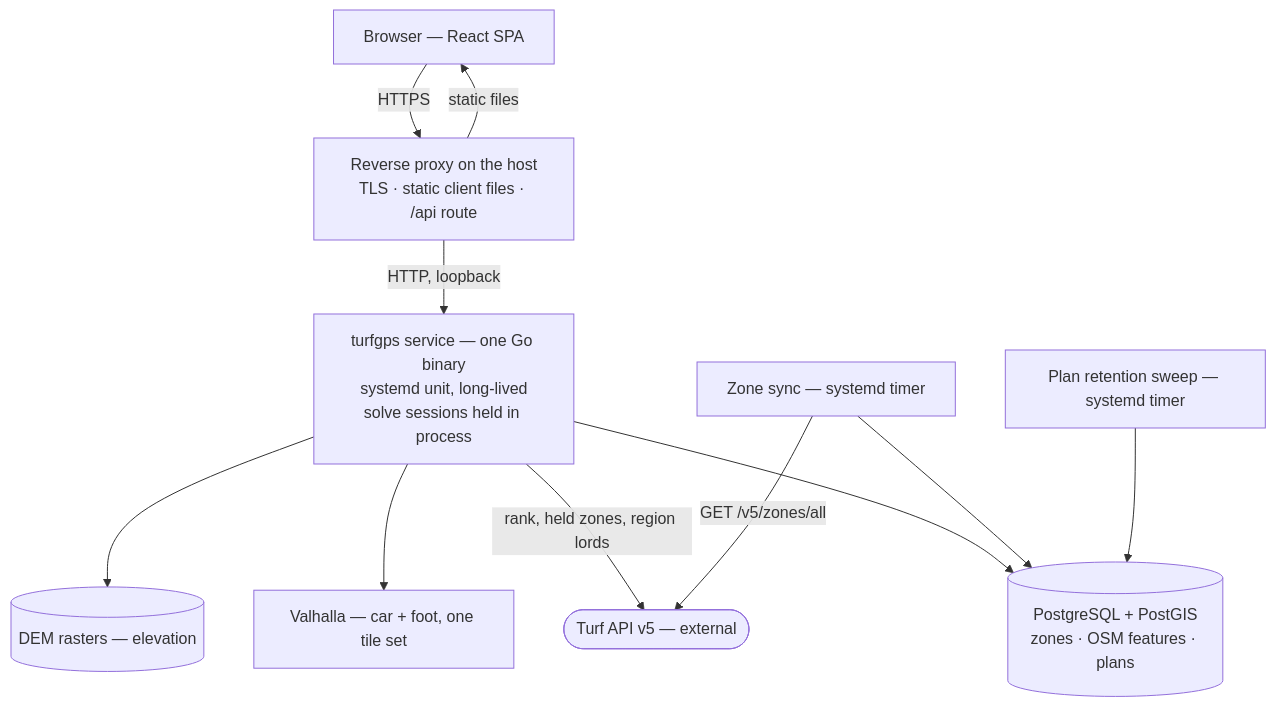
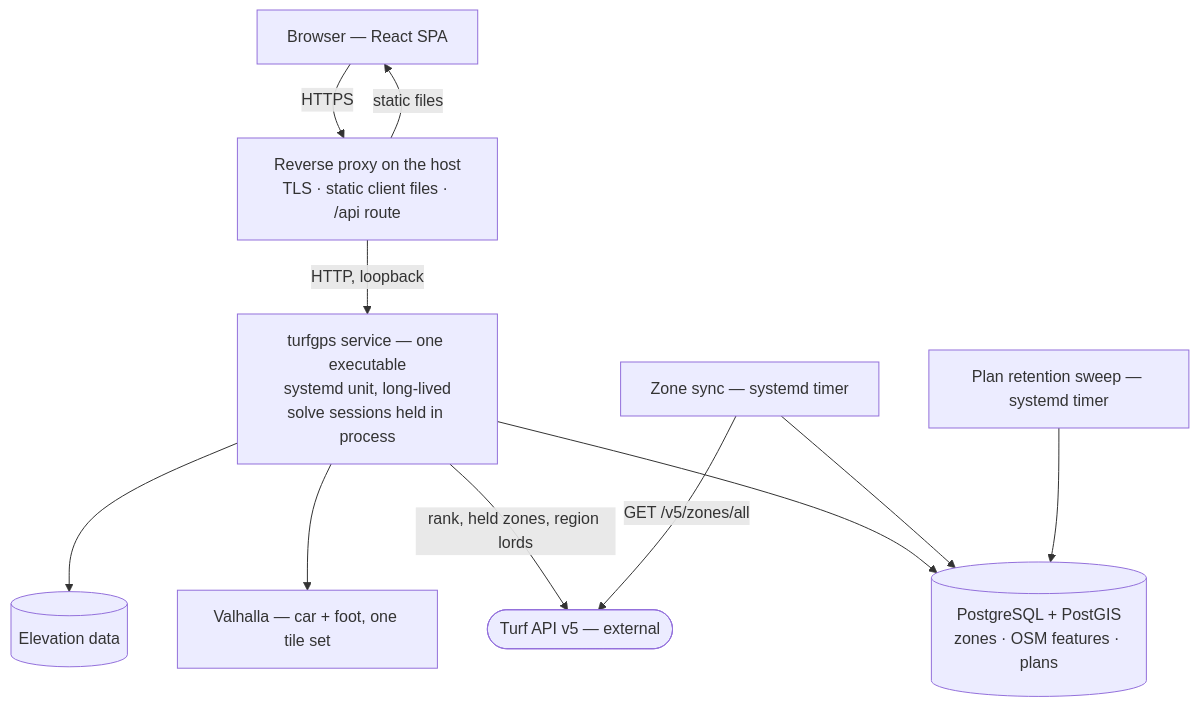
One commit to Caisesiume/TurfGPS changed the diagram in docs/DEPLOYMENT.md. Above: the diagram before and after it, drawn with Mermaid. The commit also changed other lines of this file, not shown here.

````diff
--- a/docs/DEPLOYMENT.md
+++ b/docs/DEPLOYMENT.md
@@ -68,23 +71,23 @@
 ```mermaid
 flowchart TD
     U["Browser — React SPA"]
     RP["Reverse proxy on the host<br/>TLS · static client files · /api route"]
-    SVC["turfgps service — one Go binary<br/>systemd unit, long-lived<br/>solve sessions held in process"]
+    SVC["turfgps service — one executable<br/>systemd unit, long-lived<br/>solve sessions held in process"]
     SYNC["Zone sync — systemd timer"]
     SWEEP["Plan retention sweep — systemd timer"]
     PG[("PostgreSQL + PostGIS<br/>zones · OSM features · plans")]
     VAL["Valhalla — car + foot, one tile set"]
-    DEM[("DEM rasters — elevation")]
+    DEM[("Elevation data")]
     T(["Turf API v5 — external"])
 
     U -- "HTTPS" --> RP
     RP -- "static files" --> U
     RP -- "HTTP, loopback" --> SVC
     SVC --> PG
     SVC --> VAL
     SVC --> DEM
     SVC -- "rank, held zones, region lords" --> T
     SYNC -- "GET /v5/zones/all" --> T
     SYNC --> PG
     SWEEP --> PG
 ```
````
